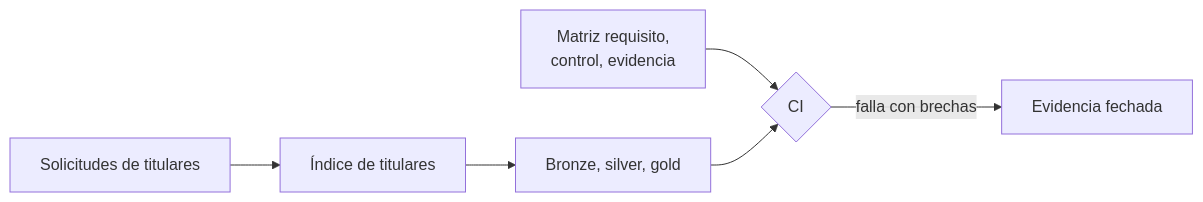
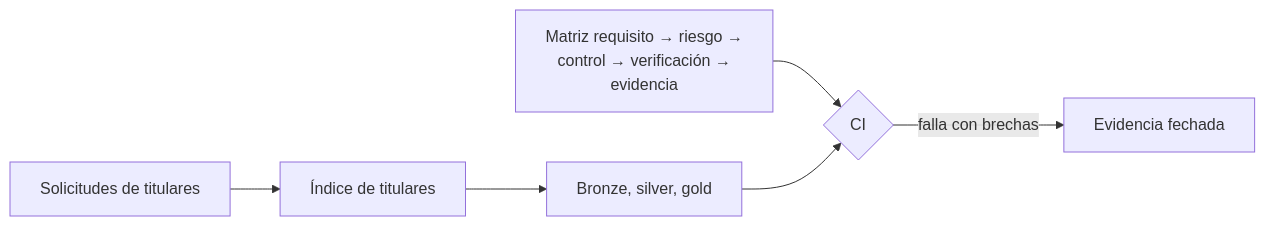
The second of 2 diagrams in content/concepts/chile-data-protection.md (fcp4891/de-knowledge-hub), drawn with Mermaid before and after one commit. The commit also changed other lines of this file and 7 other files, not shown here.

````diff
--- a/content/concepts/chile-data-protection.md
+++ b/content/concepts/chile-data-protection.md
@@ -275,8 +271,8 @@
 ```mermaid
 flowchart LR
   R["Solicitudes de titulares"] --> X["Índice de titulares"]
   X --> P["Bronze, silver, gold"]
-  M["Matriz requisito,<br/>control, evidencia"] --> CI{"CI"}
+  M["Matriz requisito → riesgo →<br/>control → verificación →<br/>evidencia"] --> CI{"CI"}
   P --> CI
   CI -- "falla con brechas" --> E["Evidencia fechada"]
 ```
````
